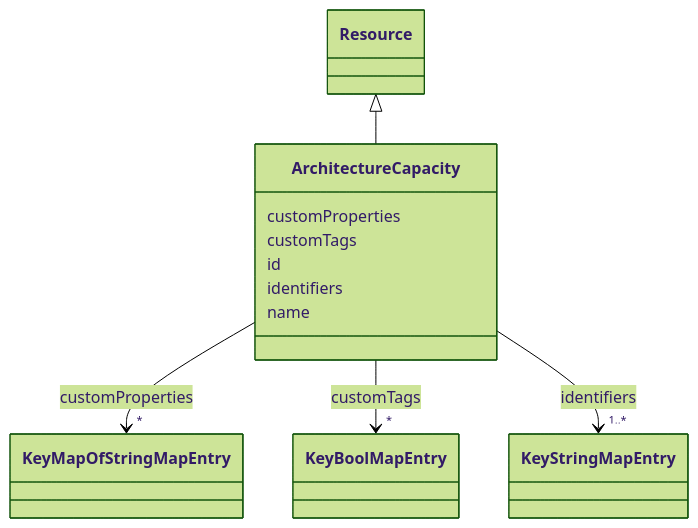
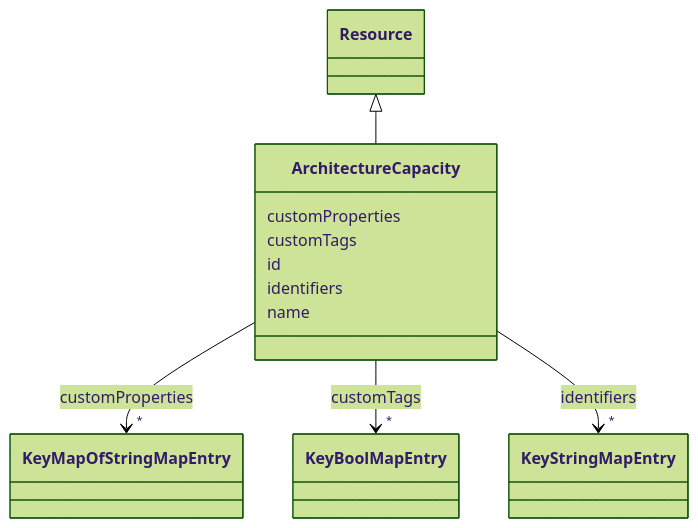
The diagram in docs/ArchitectureCapacity.md (takashikasuya/smartbuiding_ontology), drawn with Mermaid (forest theme) before and after one commit. The commit also changed other lines of this file and 89 other files, not shown here.

````diff
--- a/docs/ArchitectureCapacity.md
+++ b/docs/ArchitectureCapacity.md
@@ -18,46 +18,46 @@
 ```mermaid
  classDiagram
     class ArchitectureCapacity
     click ArchitectureCapacity href "../ArchitectureCapacity/"
       Resource <|-- ArchitectureCapacity
         click Resource href "../Resource/"
       
       ArchitectureCapacity : customProperties
         
           
     
         
         
         ArchitectureCapacity --> "*" KeyMapOfStringMapEntry : customProperties
         click KeyMapOfStringMapEntry href "../KeyMapOfStringMapEntry/"
     
 
         
       ArchitectureCapacity : customTags
         
           
     
         
         
         ArchitectureCapacity --> "*" KeyBoolMapEntry : customTags
         click KeyBoolMapEntry href "../KeyBoolMapEntry/"
     
 
         
       ArchitectureCapacity : id
         
       ArchitectureCapacity : identifiers
         
           
     
         
         
-        ArchitectureCapacity --> "1..*" KeyStringMapEntry : identifiers
+        ArchitectureCapacity --> "*" KeyStringMapEntry : identifiers
         click KeyStringMapEntry href "../KeyStringMapEntry/"
     
 
         
       ArchitectureCapacity : name
         
       
 ```
````
